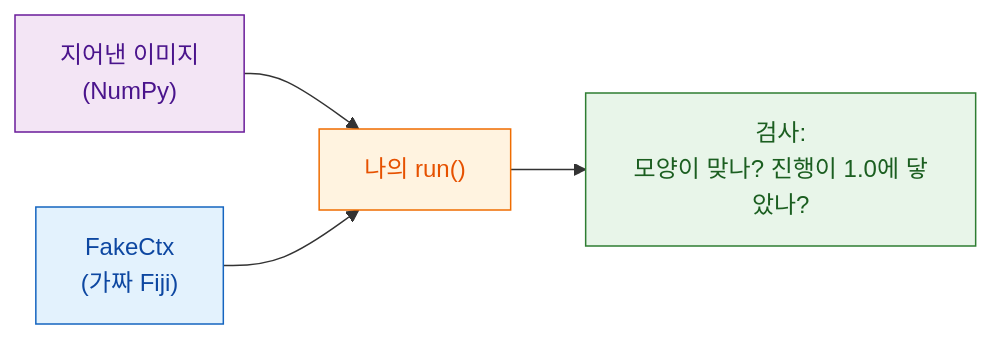
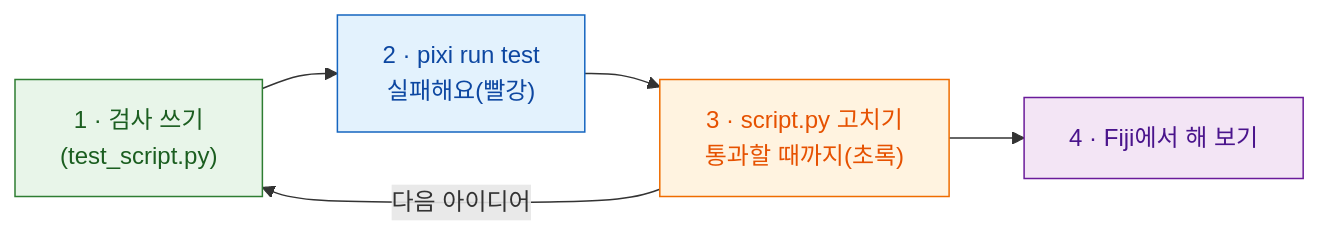
The diagram in guide/write/test-without-fiji.ko.md (Oxford-Zeiss-Centre-of-Excellence/Wavu), drawn with Mermaid before and after one commit. The commit also changed other lines of this file and 28 other files, not shown here.

````diff
--- a/guide/write/test-without-fiji.ko.md
+++ b/guide/write/test-without-fiji.ko.md
@@ -15,15 +18,14 @@
 ```mermaid
 flowchart LR
-    I["지어낸 이미지<br/>(NumPy)"]:::env
-    F["FakeCtx<br/>(가짜 Fiji)"]:::fiji
-    S["나의 run()"]:::script
-    C["검사:<br/>모양이 맞나? 진행이 1.0에 닿았나?"]:::worker
-    I --> S
-    F --> S
-    S --> C
+    T["1 · 검사 쓰기<br/>(test_script.py)"]:::worker
+    R["2 · pixi run test<br/>실패해요(빨강)"]:::fiji
+    S["3 · script.py 고치기<br/>통과할 때까지(초록)"]:::script
+    F["4 · Fiji에서 해 보기"]:::env
+    T --> R --> S --> F
+    S -- "다음 아이디어" --> T
 
     classDef fiji   fill:#e3f2fd,stroke:#1565c0,color:#0d47a1
     classDef worker fill:#e8f5e9,stroke:#2e7d32,color:#1b5e20
     classDef script fill:#fff3e0,stroke:#ef6c00,color:#e65100
     classDef env    fill:#f3e5f5,stroke:#6a1b9a,color:#4a148c
 ```
````
